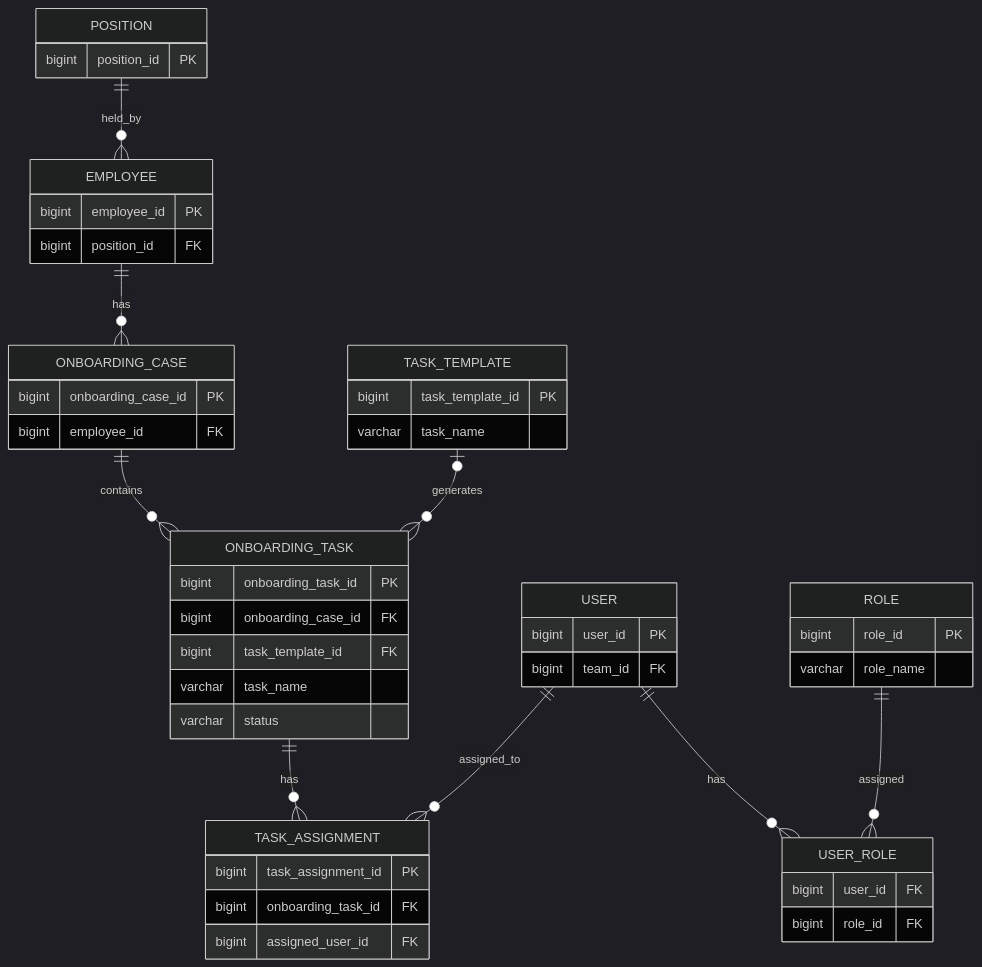
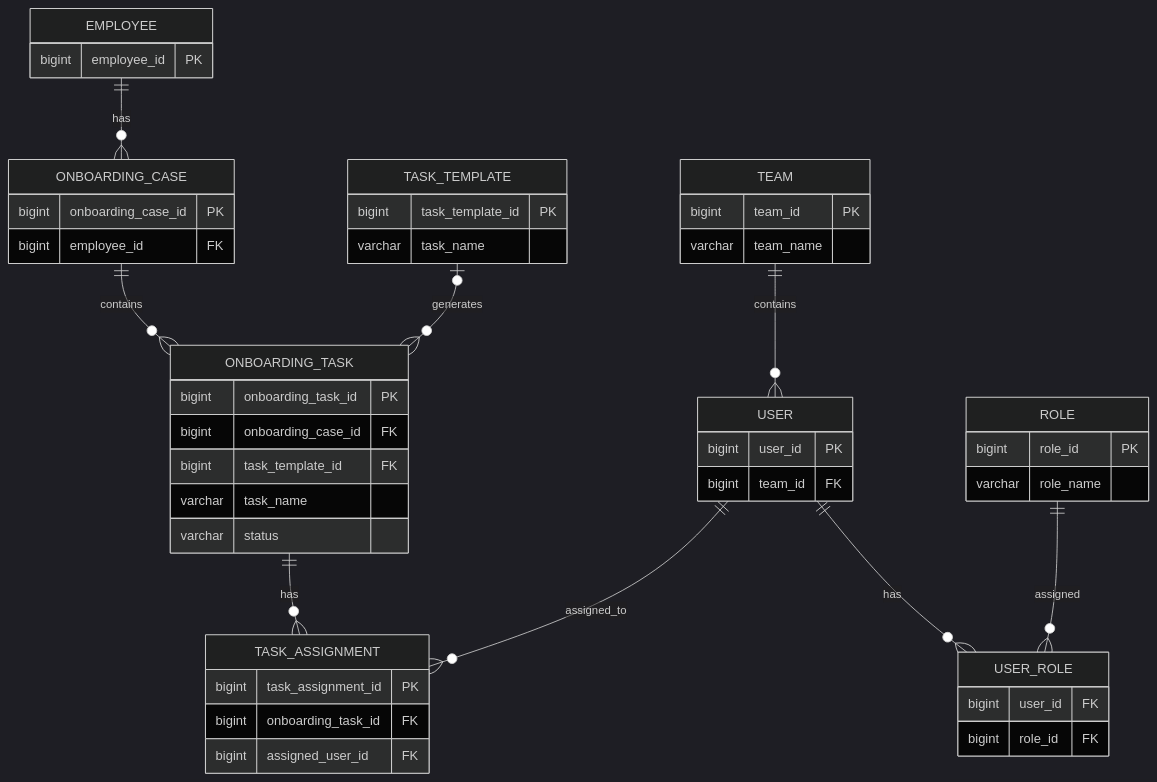
Before and after one commit to Huy1801214/HR: the sixth of 7 diagrams in docs/README.md, drawn with Mermaid (dark theme). The commit also changed other lines of this file, not shown here.

Commit message:
dd HR platform onboarding documentation and entity relationship diagrams

````diff
--- a/docs/README.md
+++ b/docs/README.md
@@ -402,60 +361,68 @@
 ```mermaid
 erDiagram
 
-    POSITION {
-        bigint position_id PK
-    }
-
     EMPLOYEE {
         bigint employee_id PK
-        bigint position_id FK
     }
 
     ONBOARDING_CASE {
         bigint onboarding_case_id PK
         bigint employee_id FK
     }
 
     TASK_TEMPLATE {
         bigint task_template_id PK
         varchar task_name
     }
 
     ONBOARDING_TASK {
         bigint onboarding_task_id PK
         bigint onboarding_case_id FK
         bigint task_template_id FK
         varchar task_name
         varchar status
+    }
+
+    TEAM {
+        bigint team_id PK
+        varchar team_name
     }
 
     USER {
         bigint user_id PK
         bigint team_id FK
     }
 
     ROLE {
         bigint role_id PK
         varchar role_name
     }
 
     USER_ROLE {
         bigint user_id FK
         bigint role_id FK
     }
 
     TASK_ASSIGNMENT {
         bigint task_assignment_id PK
         bigint onboarding_task_id FK
         bigint assigned_user_id FK
     }
 
-    POSITION ||--o{ EMPLOYEE : held_by
+
     EMPLOYEE ||--o{ ONBOARDING_CASE : has
+
     ONBOARDING_CASE ||--o{ ONBOARDING_TASK : contains
+
     TASK_TEMPLATE o|--o{ ONBOARDING_TASK : generates
+
     ONBOARDING_TASK ||--o{ TASK_ASSIGNMENT : has
+
     USER ||--o{ TASK_ASSIGNMENT : assigned_to
+
+    TEAM ||--o{ USER : contains
+
     USER ||--o{ USER_ROLE : has
+
     ROLE ||--o{ USER_ROLE : assigned
 ```
````
